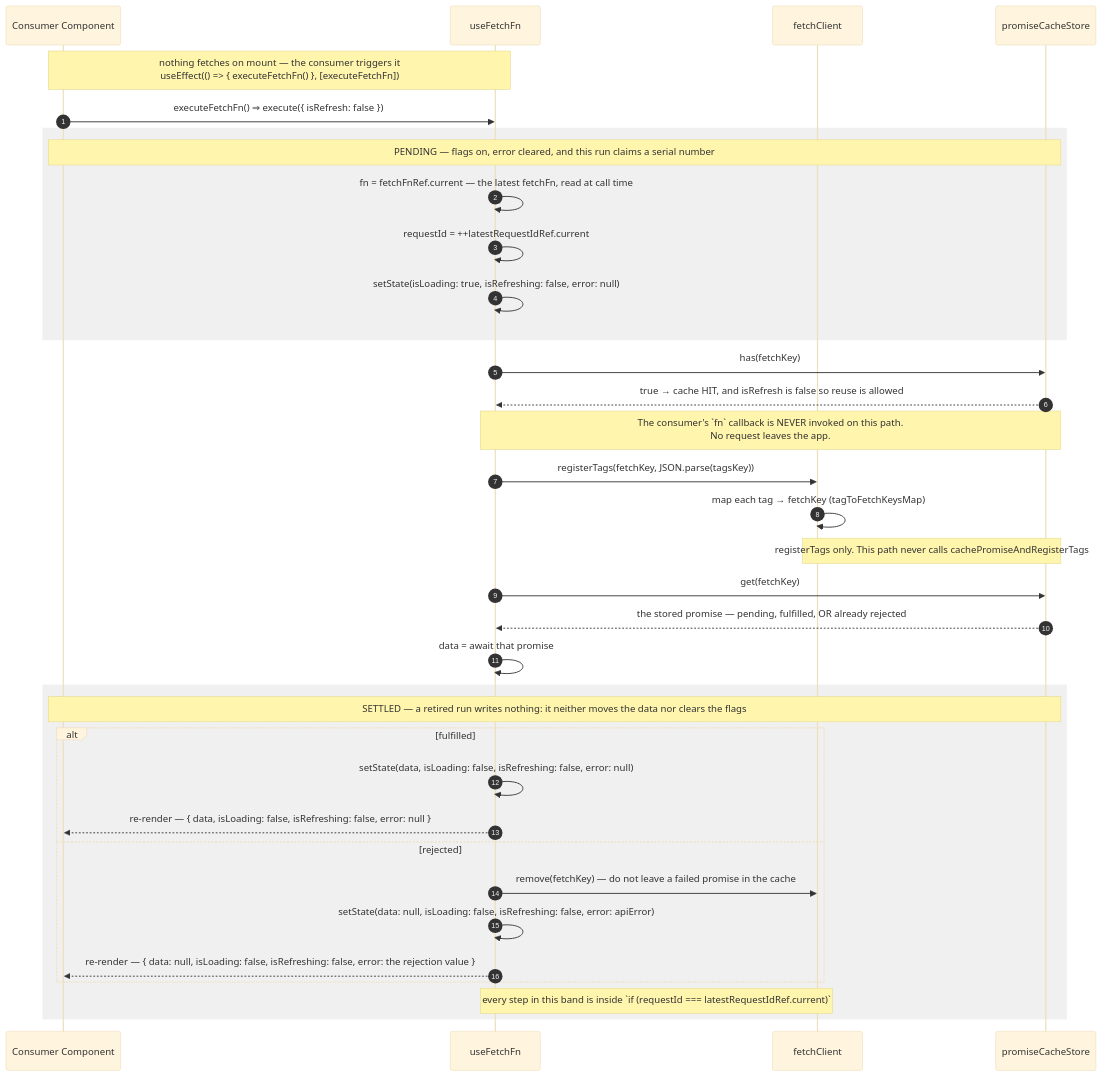
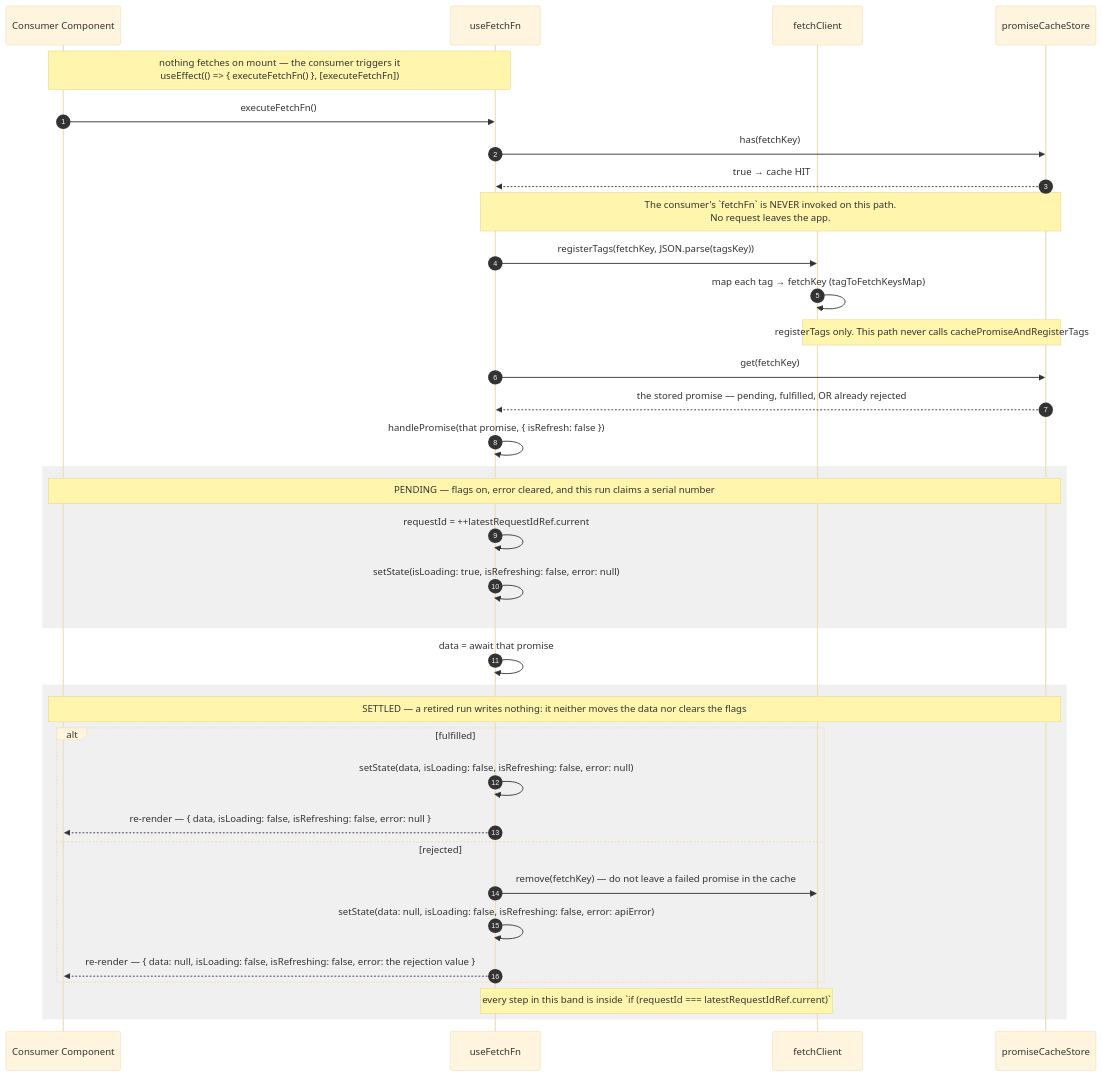
One commit to chuhaiphu/fetchwire changed the second of 4 diagrams in docs/architecture/USE-FETCH-FN-FLOW.md. Above: the diagram before and after it, drawn with Mermaid (base theme). The commit also changed other lines of this file and 11 other files, not shown here.

First line of the commit message:
fix: a refresh updates every reader of its fetchKey, and an invalidation sends one request per fetchKey

````diff
--- a/docs/architecture/USE-FETCH-FN-FLOW.md
+++ b/docs/architecture/USE-FETCH-FN-FLOW.md
@@ -60,42 +63,43 @@
 ```mermaid
 sequenceDiagram
     autonumber
     participant Cmp as Consumer Component
     participant H as useFetchFn
     participant FC as fetchClient
     participant Cache as promiseCacheStore
 
     Note over Cmp,H: nothing fetches on mount — the consumer triggers it<br/>useEffect(() => { executeFetchFn() }, [executeFetchFn])
-    Cmp->>H: executeFetchFn() ⇒ execute({ isRefresh: false })
-
-    rect rgba(128,128,128,0.12)
-        Note over Cmp,Cache: PENDING — flags on, error cleared, and this run claims a serial number
-        H->>H: fn = fetchFnRef.current — the latest fetchFn, read at call time
-        H->>H: requestId = ++latestRequestIdRef.current
-        H->>H: setState(isLoading: true, isRefreshing: false, error: null)
-    end
+    Cmp->>H: executeFetchFn()
 
     H->>Cache: has(fetchKey)
-    Cache-->>H: true → cache HIT, and isRefresh is false so reuse is allowed
+    Cache-->>H: true → cache HIT
 
-    Note over H,Cache: The consumer's `fn` callback is NEVER invoked on this path.<br/>No request leaves the app.
+    Note over H,Cache: The consumer's `fetchFn` is NEVER invoked on this path.<br/>No request leaves the app.
     H->>FC: registerTags(fetchKey, JSON.parse(tagsKey))
     FC->>FC: map each tag → fetchKey (tagToFetchKeysMap)
     Note over FC,Cache: registerTags only. This path never calls cachePromiseAndRegisterTags
     H->>Cache: get(fetchKey)
     Cache-->>H: the stored promise — pending, fulfilled, OR already rejected
+    H->>H: handlePromise(that promise, { isRefresh: false })
+
+    rect rgba(128,128,128,0.12)
+        Note over Cmp,Cache: PENDING — flags on, error cleared, and this run claims a serial number
+        H->>H: requestId = ++latestRequestIdRef.current
+        H->>H: setState(isLoading: true, isRefreshing: false, error: null)
+    end
+
     H->>H: data = await that promise
 
     rect rgba(128,128,128,0.12)
         Note over Cmp,Cache: SETTLED — a retired run writes nothing: it neither moves the data nor clears the flags
         alt fulfilled
             H->>H: setState(data, isLoading: false, isRefreshing: false, error: null)
             H-->>Cmp: re-render — { data, isLoading: false, isRefreshing: false, error: null }
         else rejected
             H->>FC: remove(fetchKey) — do not leave a failed promise in the cache
             H->>H: setState(data: null, isLoading: false, isRefreshing: false, error: apiError)
             H-->>Cmp: re-render — { data: null, isLoading: false, isRefreshing: false, error: the rejection value }
         end
         Note over H,FC: every step in this band is inside `if (requestId === latestRequestIdRef.current)`
     end
 ```
````
